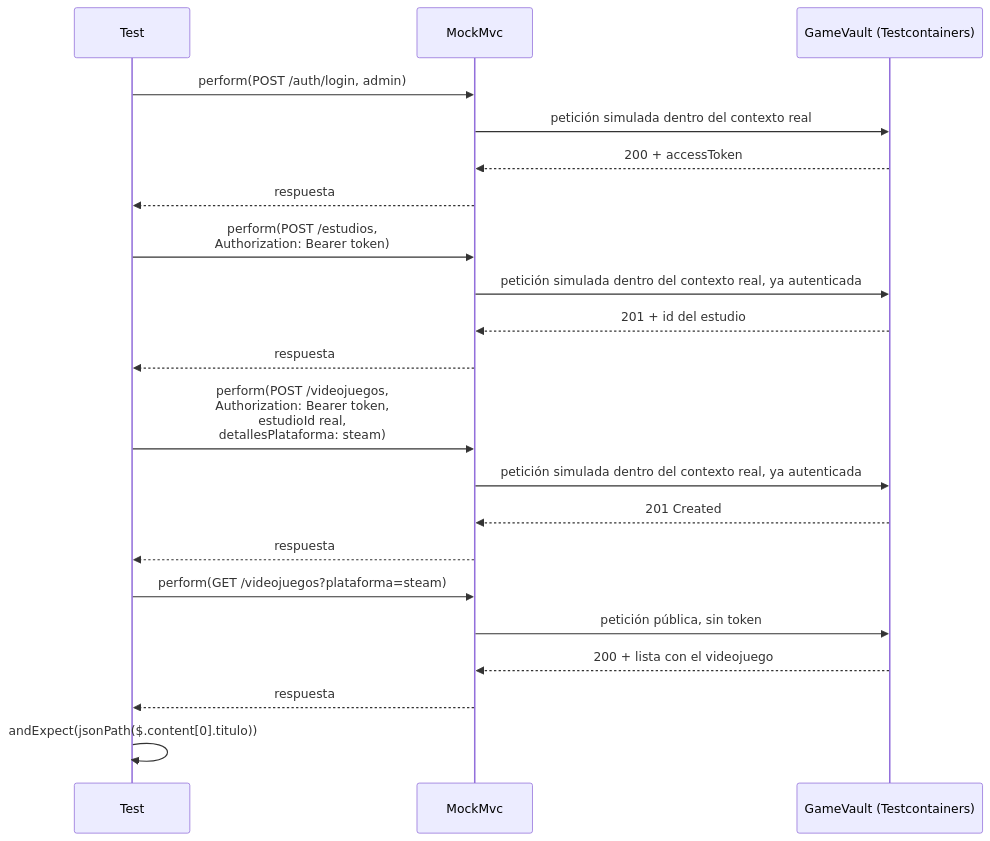
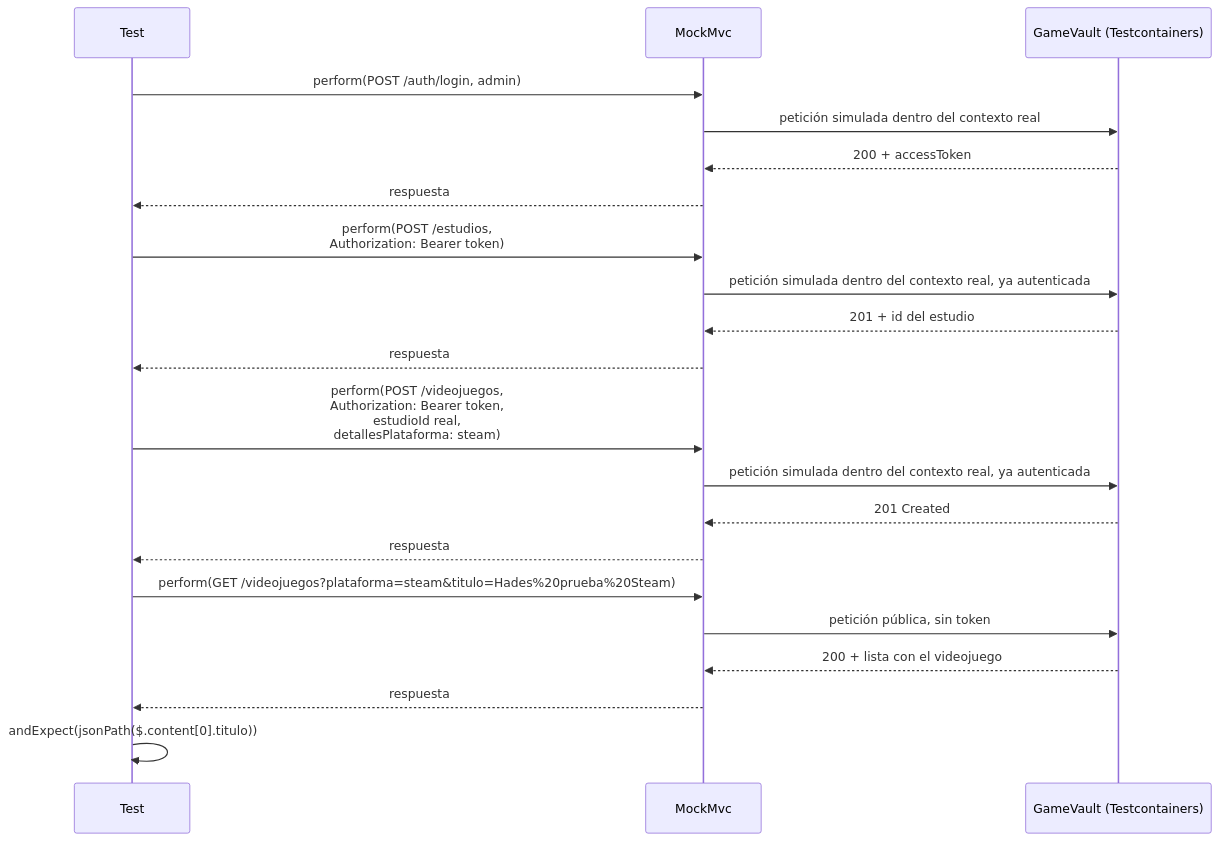
Before and after one commit to aitorventura/acceso-a-datos: the first of 6 diagrams in docs/tema2/actividad_2_3.md, drawn with Mermaid. The commit also changed other lines of this file and 5 other files, not shown here.

````diff
--- a/docs/tema2/actividad_2_3.md
+++ b/docs/tema2/actividad_2_3.md
@@ -199,27 +165,27 @@
 ```mermaid
 sequenceDiagram
     participant Test
     participant MockMvc
     participant App as GameVault (Testcontainers)
 
     Test->>MockMvc: perform(POST /auth/login, admin)
     MockMvc->>App: petición simulada dentro del contexto real
     App-->>MockMvc: 200 + accessToken
     MockMvc-->>Test: respuesta
 
     Test->>MockMvc: perform(POST /estudios,<br/>Authorization: Bearer token)
     MockMvc->>App: petición simulada dentro del contexto real, ya autenticada
     App-->>MockMvc: 201 + id del estudio
     MockMvc-->>Test: respuesta
 
     Test->>MockMvc: perform(POST /videojuegos,<br/>Authorization: Bearer token,<br/>estudioId real,<br/>detallesPlataforma: steam)
     MockMvc->>App: petición simulada dentro del contexto real, ya autenticada
     App-->>MockMvc: 201 Created
     MockMvc-->>Test: respuesta
 
-    Test->>MockMvc: perform(GET /videojuegos?plataforma=steam)
+    Test->>MockMvc: perform(GET /videojuegos?plataforma=steam&titulo=Hades%20prueba%20Steam)
     MockMvc->>App: petición pública, sin token
     App-->>MockMvc: 200 + lista con el videojuego
     MockMvc-->>Test: respuesta
     Test->>Test: andExpect(jsonPath($.content[0].titulo))
 ```
````
